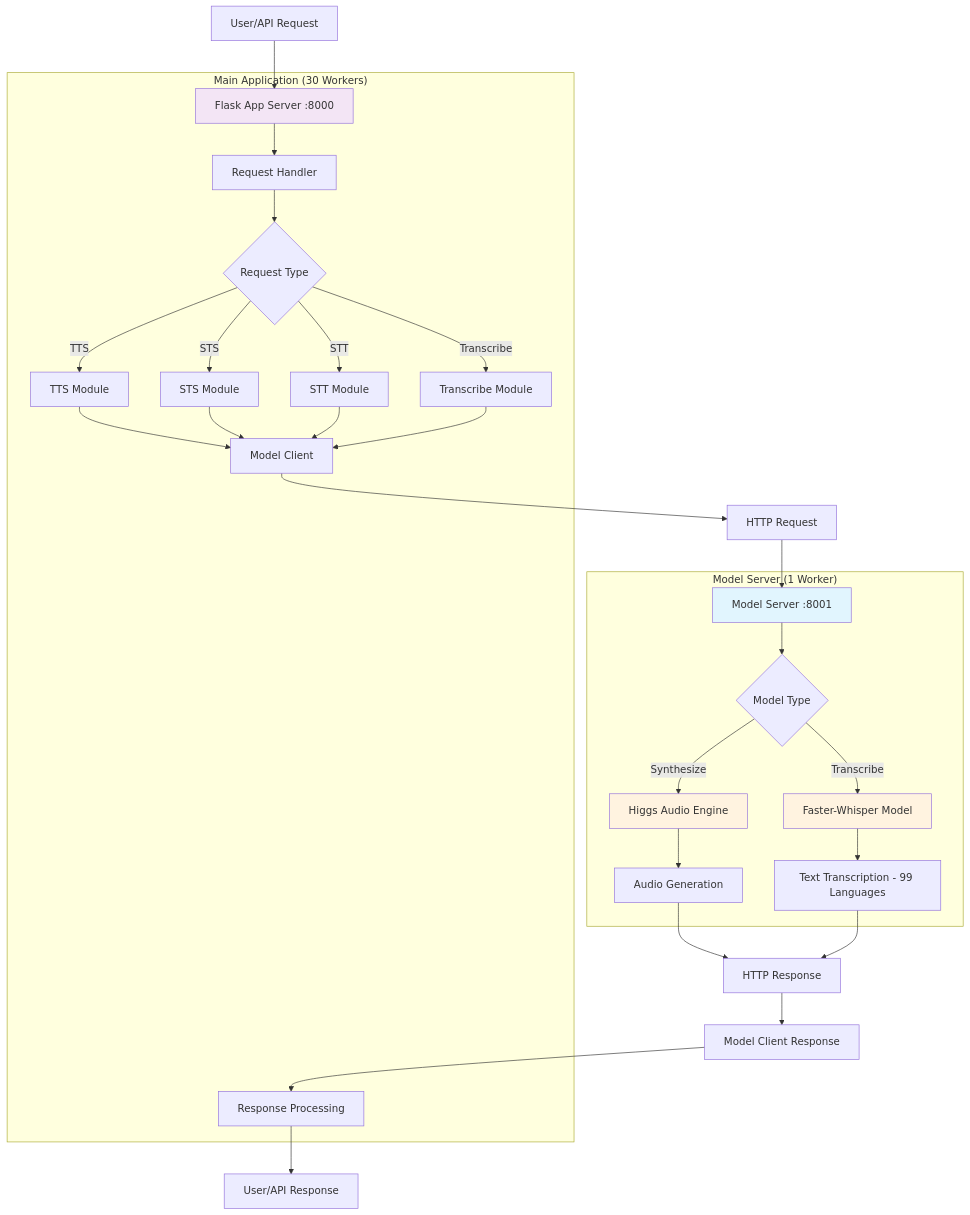
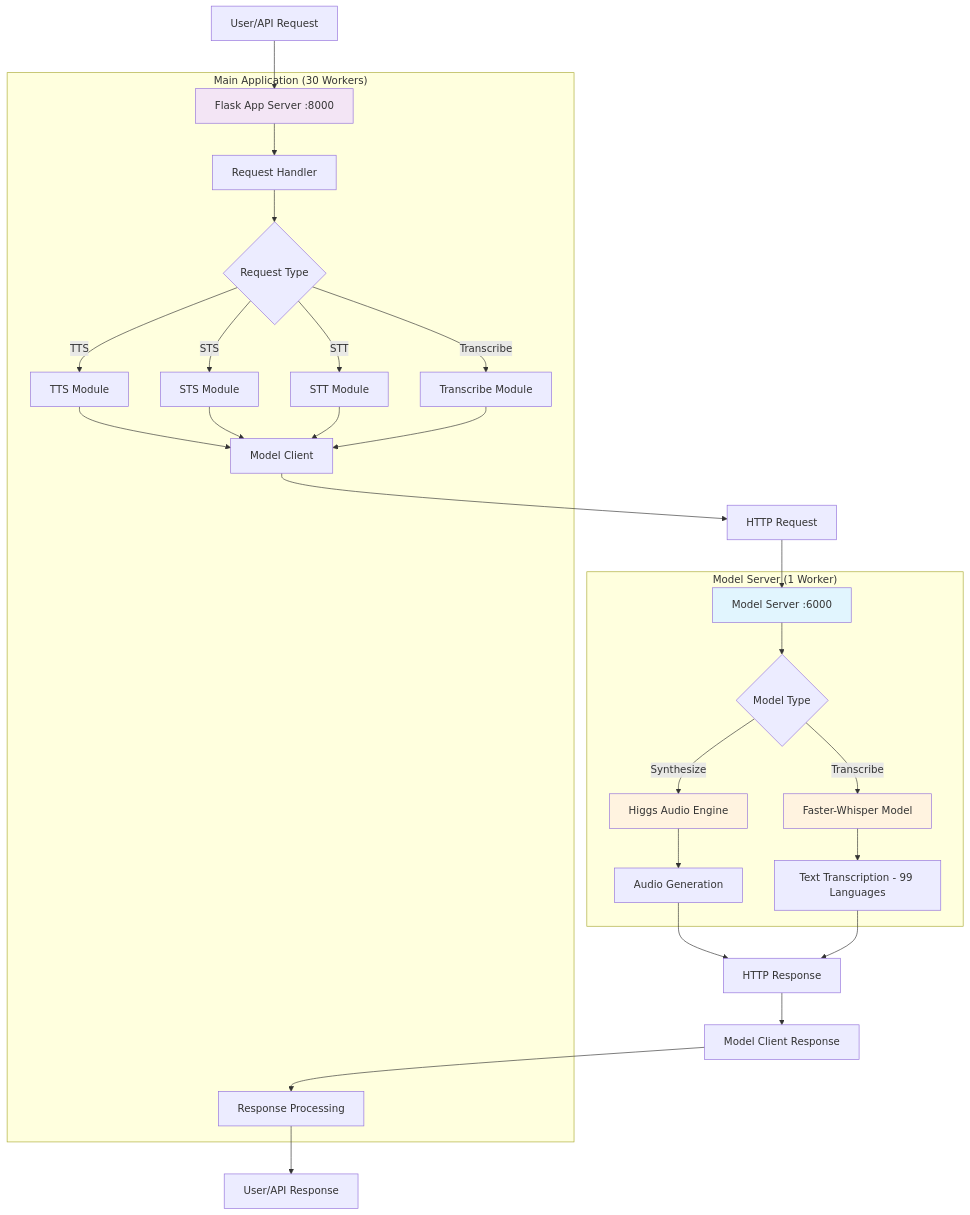
The diagram in README.md (elixpo/lixaudio), drawn with Mermaid before and after one commit. The commit also changed other lines of this file and 3 other files, not shown here.

Commit message:
model server port changed for the readme and the docker and the docker compose has been updated

````diff
--- a/README.md
+++ b/README.md
@@ -28,58 +28,58 @@
 ```mermaid
 flowchart TB
     A[User/API Request] --> B[Flask App Server :8000]
     B --> C[Request Handler]
     C --> D{Request Type}
     
     D -- "TTS" --> E[TTS Module]
     D -- "STS" --> F[STS Module] 
     D -- "STT" --> G[STT Module]
     D -- "Transcribe" --> H[Transcribe Module]
     
     E --> I[Model Client]
     F --> I
     G --> I
     H --> I
     
     I --> J[HTTP Request]
-    J --> K[Model Server :8001]
+    J --> K[Model Server :6000]
     
     K --> L{Model Type}
     L -- "Synthesize" --> M[Higgs Audio Engine]
     L -- "Transcribe" --> N[Faster-Whisper Model]
     
     M --> O[Audio Generation]
     N --> P[Text Transcription - 99 Languages]
     
     O --> Q[HTTP Response]
     P --> Q
     Q --> R[Model Client Response]
     R --> S[Response Processing]
     S --> T[User/API Response]
     
     subgraph "Main Application (30 Workers)"
         B
         C
         D
         E
         F
         G
         H
         I
         S
     end
     
     subgraph "Model Server (1 Worker)"
         K
         L
         M
         N
         O
         P
     end
     
     style K fill:#e1f5fe
     style B fill:#f3e5f5
     style M fill:#fff3e0
     style N fill:#fff3e0
 ```
````
